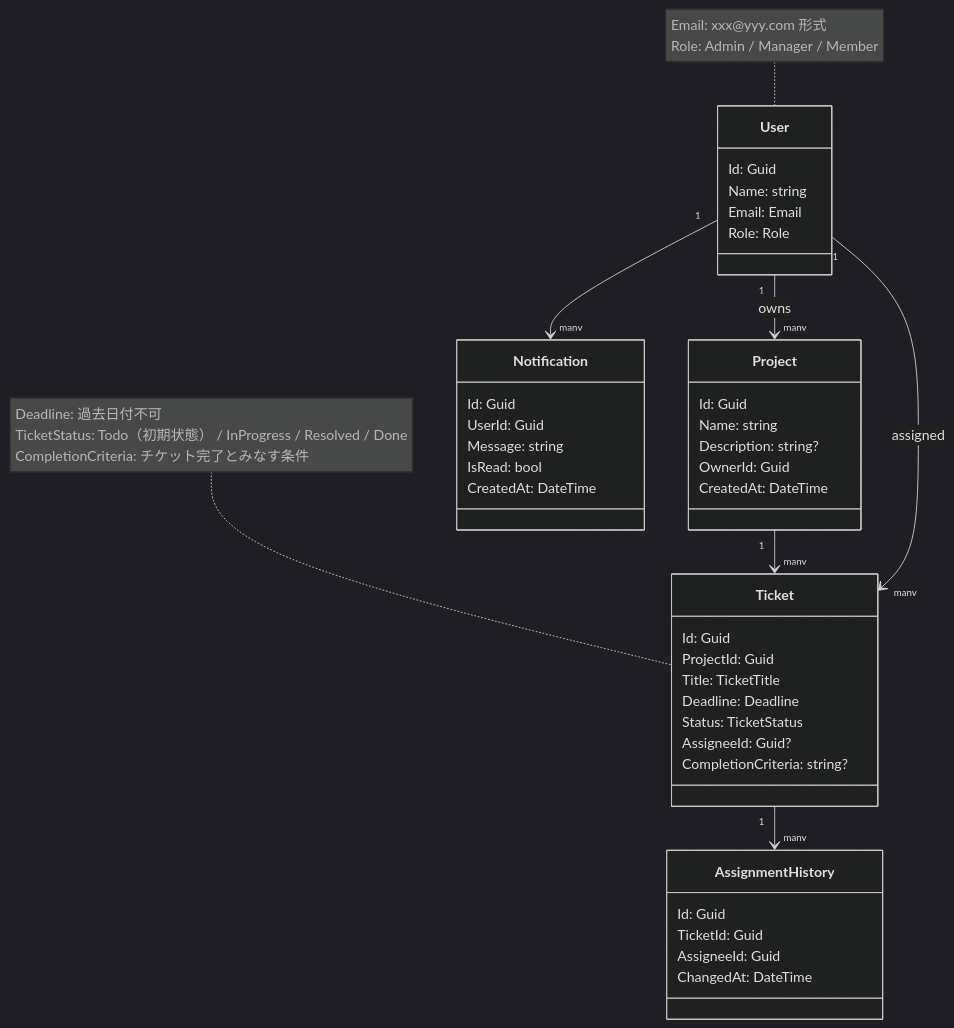
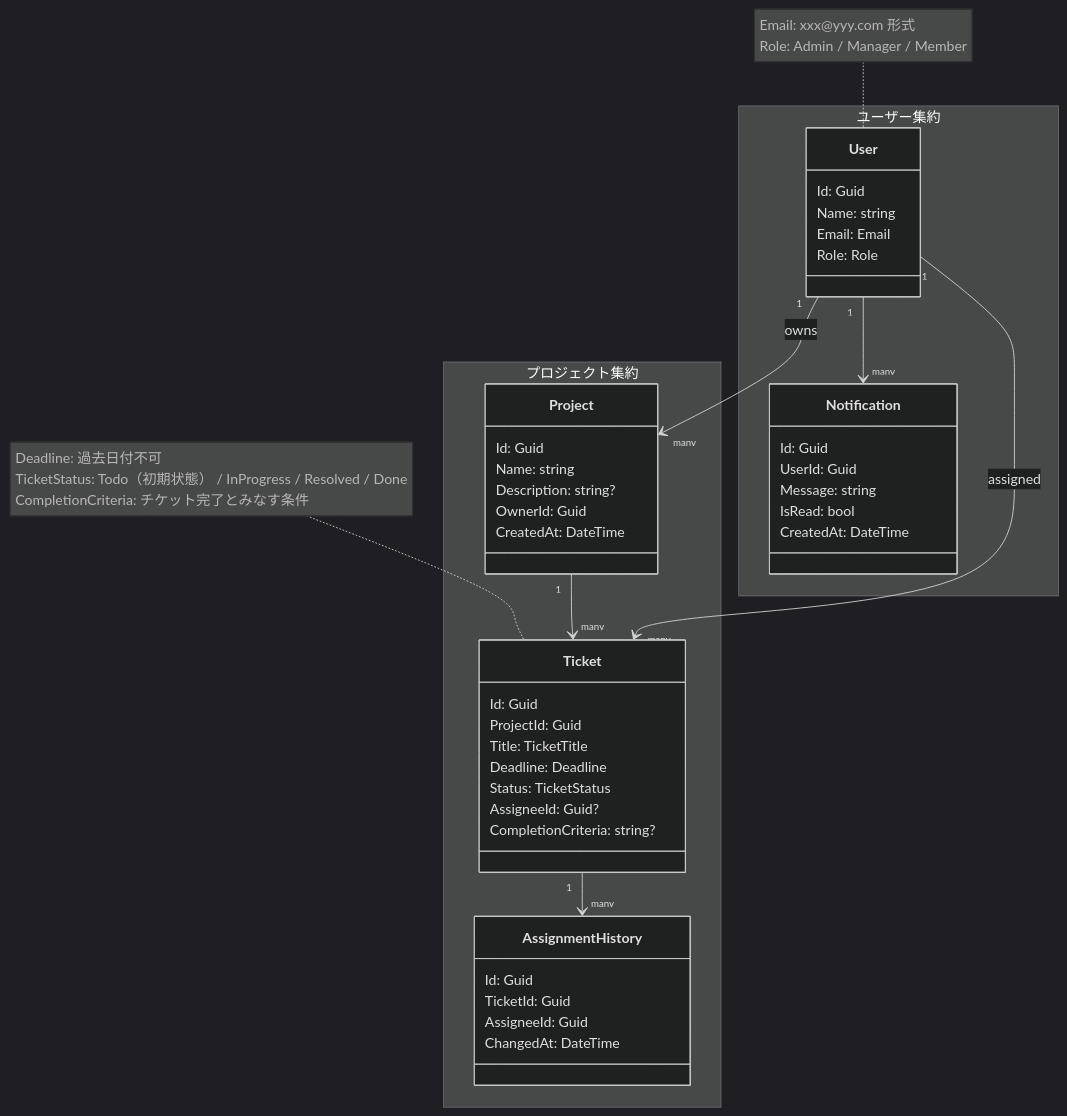
Before and after one commit to kuairen-227/pm-app-docs: the diagram in 02.design/domain-model.md, drawn with Mermaid (dark theme).

Commit message:
feat(design): :sparkles: 集約を追加

````diff
--- a/02.design/domain-model.md
+++ b/02.design/domain-model.md
@@ -3,63 +3,69 @@
 ```mermaid
 classDiagram
-  %% ユーザー
-  class User {
-    Id: Guid
-    Name: string
-    Email: Email
-    Role: Role
+  namespace ユーザー集約 {
+    %% ユーザー
+    class User {
+      Id: Guid
+      Name: string
+      Email: Email
+      Role: Role
+    }
+
+    %% 通知
+    class Notification {
+      Id: Guid
+      UserId: Guid
+      Message: string
+      IsRead: bool
+      CreatedAt: DateTime
+    }
   }
+
+  namespace プロジェクト集約 {
+    %% プロジェクト
+    class Project {
+      Id: Guid
+      Name: string
+      Description: string?
+      OwnerId: Guid
+      CreatedAt: DateTime
+    }
+
+    %% チケット
+    class Ticket {
+      Id: Guid
+      ProjectId: Guid
+      Title: TicketTitle
+      Deadline: Deadline
+      Status: TicketStatus
+      AssigneeId: Guid?
+      CompletionCriteria: string?
+    }
+
+    %% 担当履歴
+    class AssignmentHistory {
+      Id: Guid
+      TicketId: Guid
+      AssigneeId: Guid
+      ChangedAt: DateTime
+    }
+  }
+
+  %% ドメインルール
   note for User "
   Email: xxx\@yyy.com 形式
   Role: Admin / Manager / Member
   "
-
-  %% プロジェクト
-  class Project {
-    Id: Guid
-    Name: string
-    Description: string?
-    OwnerId: Guid
-    CreatedAt: DateTime
-  }
-
-  %% チケット
-  class Ticket {
-    Id: Guid
-    ProjectId: Guid
-    Title: TicketTitle
-    Deadline: Deadline
-    Status: TicketStatus
-    AssigneeId: Guid?
-    CompletionCriteria: string?
-  }
   note for Ticket "
   Deadline: 過去日付不可
-  TicketStatus: Todo（初期状態） / InProgress / Resolved / Done
+  TicketStatus: Todo（初期状態） / InProgress /  Resolved / Done
   CompletionCriteria: チケット完了とみなす条件
   "
-
-  %% 担当履歴
-  class AssignmentHistory {
-    Id: Guid
-    TicketId: Guid
-    AssigneeId: Guid
-    ChangedAt: DateTime
-  }
-
-  %% 通知
-  class Notification {
-    Id: Guid
-    UserId: Guid
-    Message: string
-    IsRead: bool
-    CreatedAt: DateTime
-  }
 
   %% 関連
   User "1" --> "many" Project : owns
   Project "1" --> "many" Ticket
   User "1" --> "many" Ticket : assigned
   Ticket "1" --> "many" AssignmentHistory
   User "1" --> "many" Notification
 ```
````
